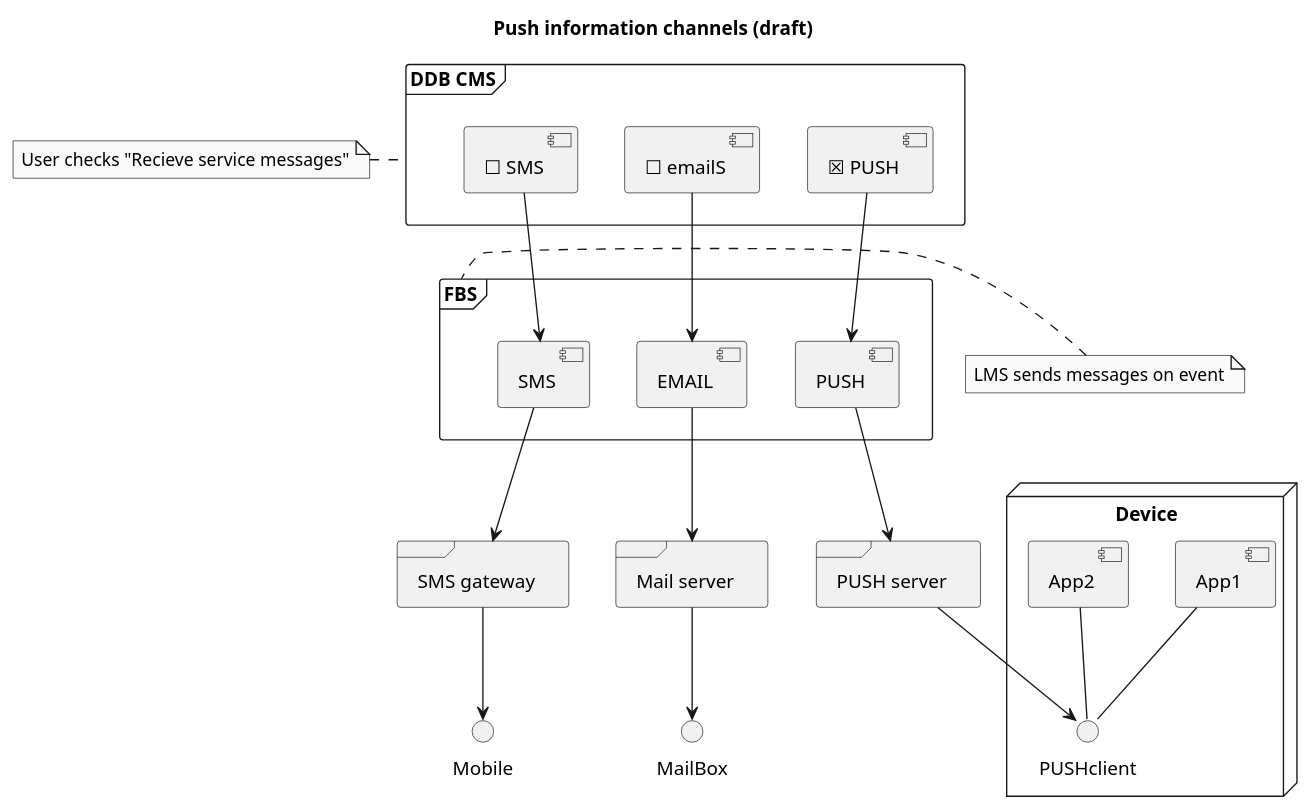
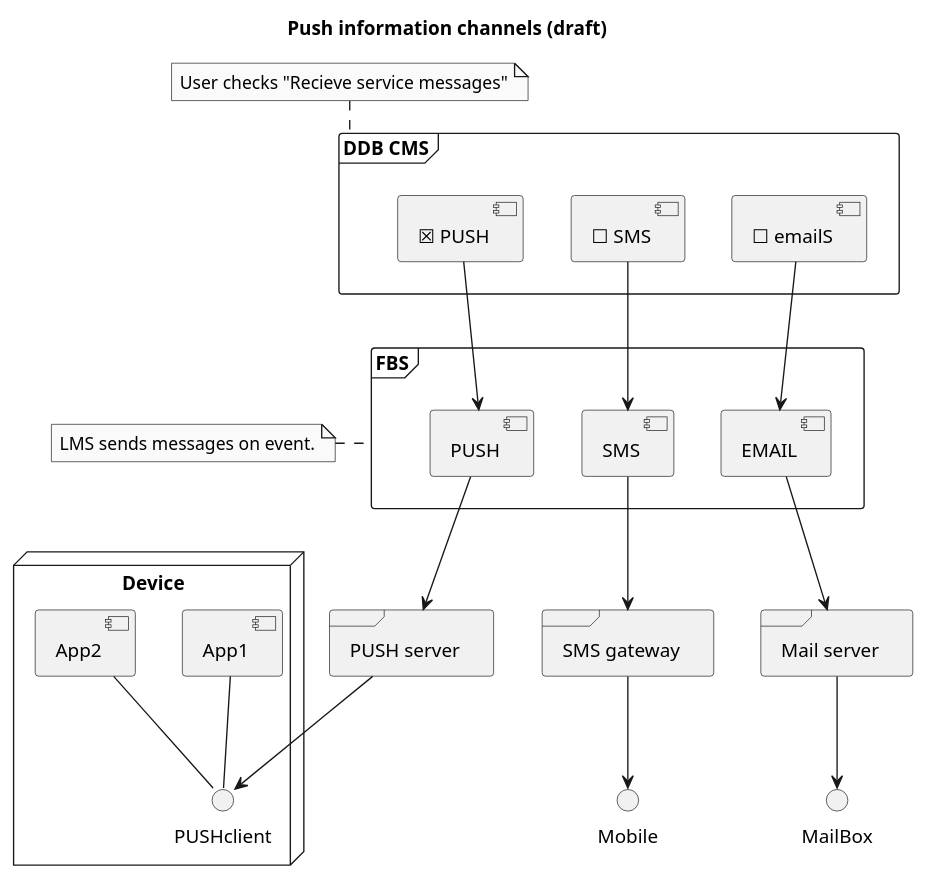
One commit to danskernesdigitalebibliotek/plantuml changed the diagram in docs/listServices/pushInformationChannels.puml. Above: the diagram before and after it, drawn with PlantUML.

```diff
--- a/docs/listServices/pushInformationChannels.puml
+++ b/docs/listServices/pushInformationChannels.puml
@@ -1,54 +1,53 @@
 @startuml
 title Push information channels (draft)
 
 ' Removing color and border from cards
 skinparam monochrome true
 
 ' Participants
-'[DDBCMS]     as "DDB CMS"
-'[Redia]
 
-frame "FBS" {
+frame FBS as "FBS" {
 	[SMS]
 	[EMAIL]
 	[PUSH]
   }
 
 frame DDBCMS as "DDB CMS" {
 	[SMSx] as "&#9744; SMS"
 	[EMAILx] as "&#9744; emailS"
 	[PUSHx] as "&#9746; PUSH"
   }
 
-note left of DDBCMS: User checks "Recieve service messages"
-note left of FBS: LMS sends messages on event
+note left of FBS: LMS sends messages on event.
+note top of DDBCMS: User checks "Recieve service messages"
+
 
 frame PUSHserver as "PUSH server" {
 }
 
 frame SMSgateway as "SMS gateway" {
 }
 
 frame MAILserver as "Mail server" {
 }
 
 SMSx --> SMS
 EMAILx --> EMAIL
 PUSHx --> PUSH
 
 PUSH --> PUSHserver
 SMS --> SMSgateway
 EMAIL --> MAILserver
 
 
 SMSgateway --> Mobile
 MAILserver --> MailBox
 
 
 node "Device" {
   PUSHserver --> PUSHclient
   [App1] -- PUSHclient
   [App2] -- PUSHclient
 } 
 
 @enduml
```
